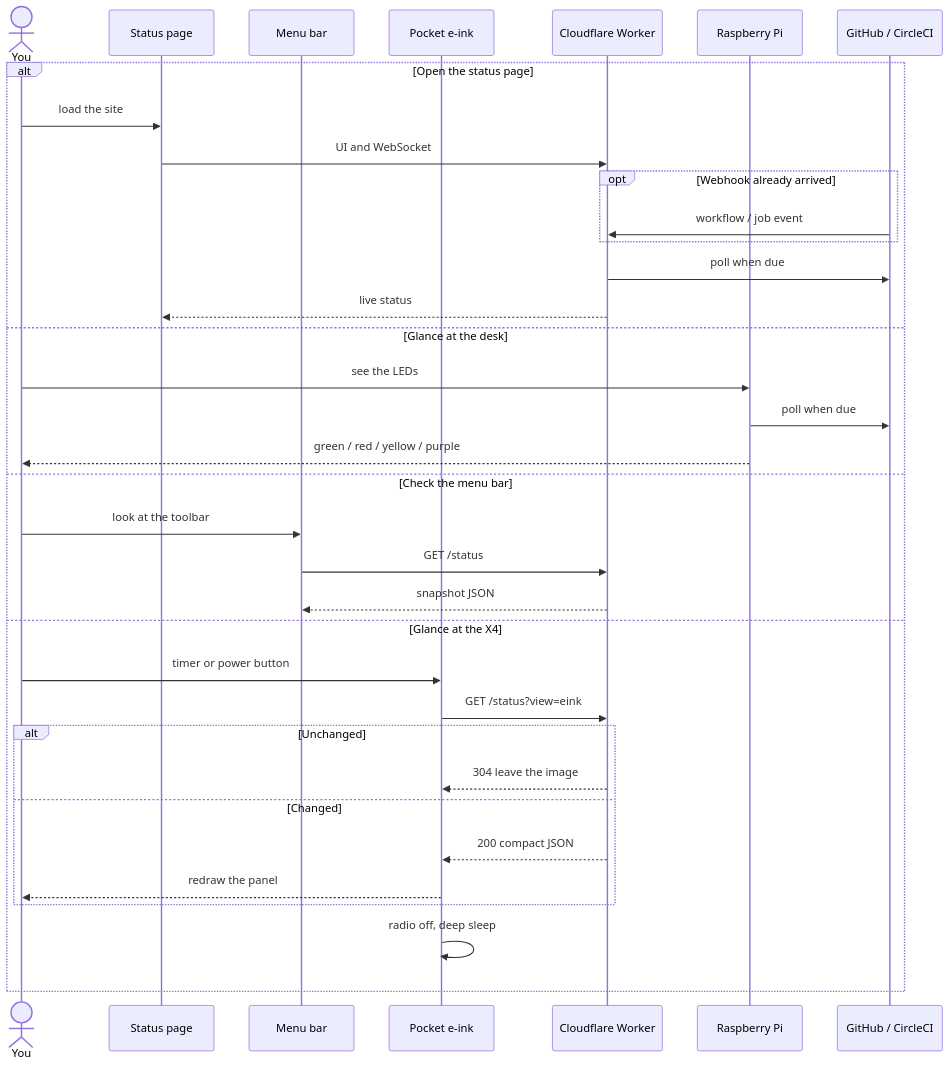
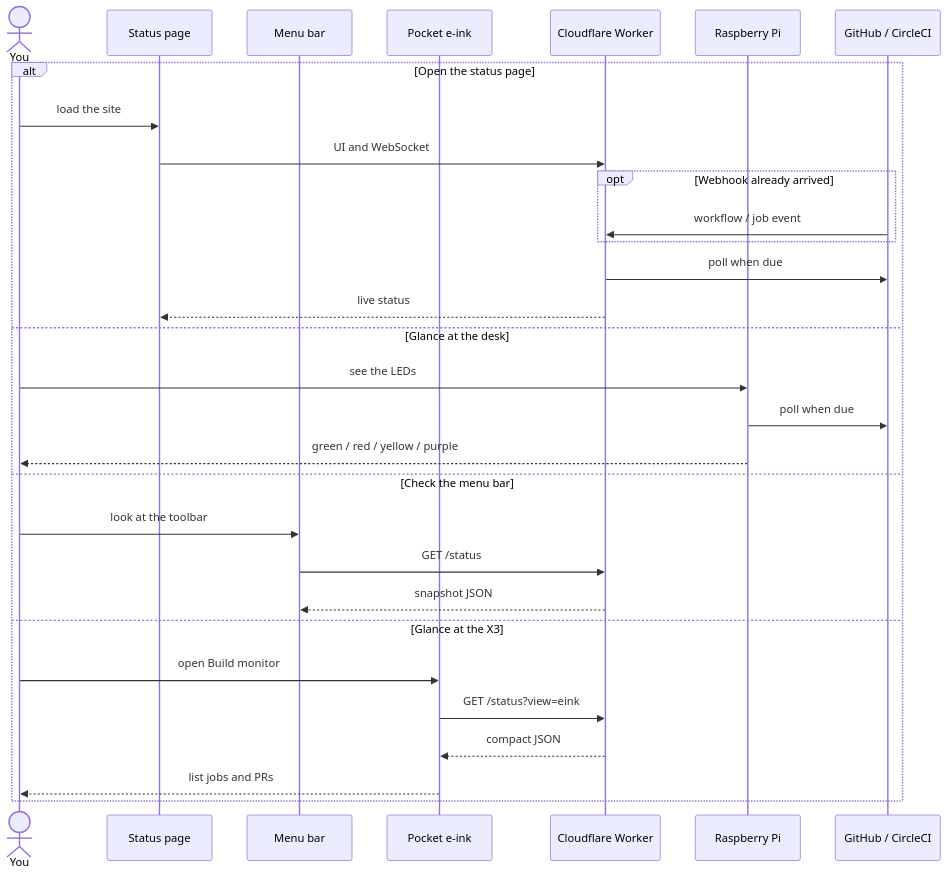
Before and after one commit to mzworthington/gpio-build-monitor: the second of 3 diagrams in README.md, drawn with Mermaid. The commit also changed other lines of this file and 45 other files, not shown here.

Commit message:
feat(monitor): implement Build Monitor activity and related patches

````diff
--- a/README.md
+++ b/README.md
@@ -56,38 +56,33 @@
 ```mermaid
 sequenceDiagram
   actor You
   participant Browser as Status page
   participant Mac as Menu bar
-  participant X4 as Pocket e-ink
+  participant X3 as Pocket e-ink
   participant Worker as Cloudflare Worker
   participant Pi as Raspberry Pi
   participant GH as GitHub / CircleCI
 
   alt Open the status page
     You->>Browser: load the site
     Browser->>Worker: UI and WebSocket
     opt Webhook already arrived
       GH->>Worker: workflow / job event
     end
     Worker->>GH: poll when due
     Worker-->>Browser: live status
   else Glance at the desk
     You->>Pi: see the LEDs
     Pi->>GH: poll when due
     Pi-->>You: green / red / yellow / purple
   else Check the menu bar
     You->>Mac: look at the toolbar
     Mac->>Worker: GET /status
     Worker-->>Mac: snapshot JSON
-  else Glance at the X4
-    You->>X4: timer or power button
-    X4->>Worker: GET /status?view=eink
-    alt Unchanged
-      Worker-->>X4: 304 leave the image
-    else Changed
-      Worker-->>X4: 200 compact JSON
-      X4-->>You: redraw the panel
-    end
-    X4->>X4: radio off, deep sleep
+  else Glance at the X3
+    You->>X3: open Build monitor
+    X3->>Worker: GET /status?view=eink
+    Worker-->>X3: compact JSON
+    X3-->>You: list jobs and PRs
   end
 ```
````
